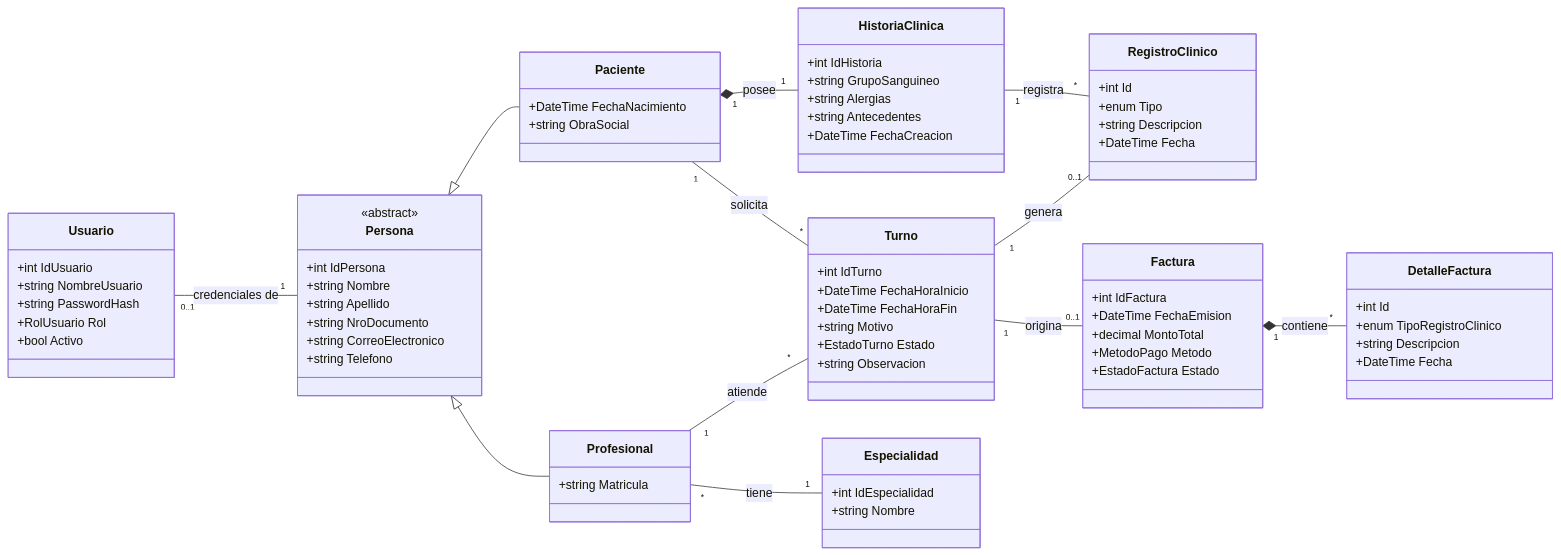
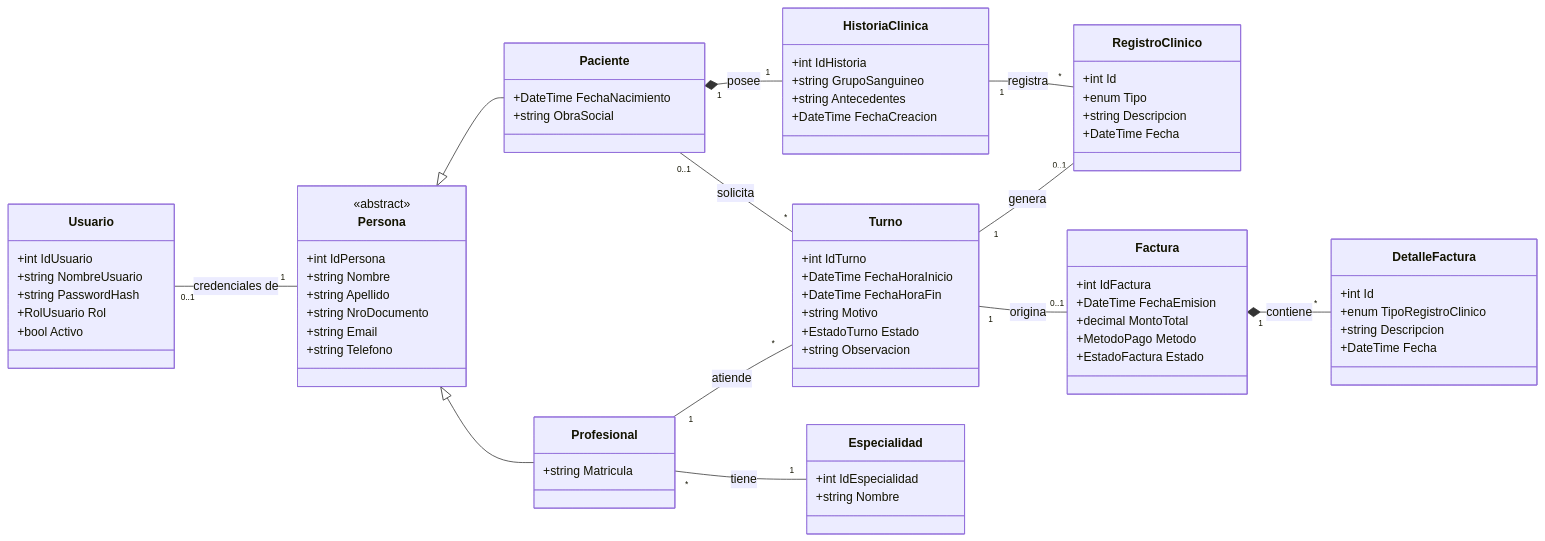
One commit to AlejoMistra/TPI.NET changed the diagram in README.md. Above: the diagram before and after it, drawn with Mermaid. The commit also changed 19 other files, not shown here.

````diff
--- a/README.md
+++ b/README.md
@@ -22,7 +22,7 @@
 ```mermaid
 classDiagram
-    direction LR
-    
+direction LR
+
     class Usuario {
         +int IdUsuario
         +string NombreUsuario
@@ -37,7 +37,7 @@
         +string Nombre
         +string Apellido
         +string NroDocumento
-        +string CorreoElectronico
+        +string Email
         +string Telefono
     }
 
@@ -53,7 +53,6 @@
     class HistoriaClinica {
         +int IdHistoria
         +string GrupoSanguineo
-        +string Alergias
         +string Antecedentes
         +DateTime FechaCreacion
     }
@@ -96,19 +95,19 @@
 
     Persona <|-- Paciente
     Persona <|-- Profesional
-    
+
     %% Relaciones actualizadas
     Usuario "0..1" -- "1" Persona : credenciales de
-    
-    Paciente "1" -- "*" Turno : solicita
+
+    Paciente "0..1" -- "*" Turno : solicita
     Profesional "1" -- "*" Turno : atiende
     Profesional "*" -- "1" Especialidad : tiene
-    
+
     Paciente "1" *-- "1" HistoriaClinica : posee
     HistoriaClinica "1" -- "*" RegistroClinico : registra
-    
+
     Turno "1" -- "0..1" RegistroClinico : genera
     Turno "1" -- "0..1" Factura : origina
-    
+
     Factura "1" *-- "*" DetalleFactura : contiene
 ```
````
